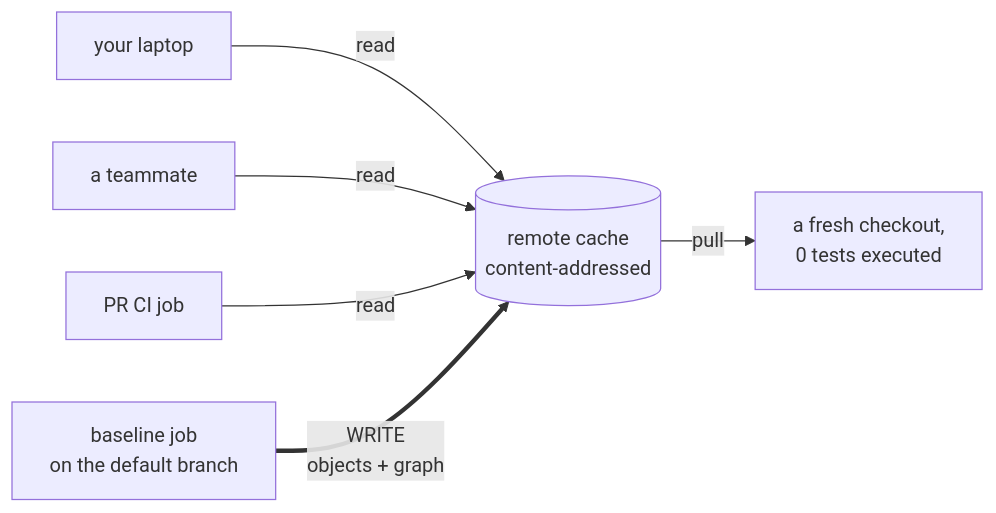
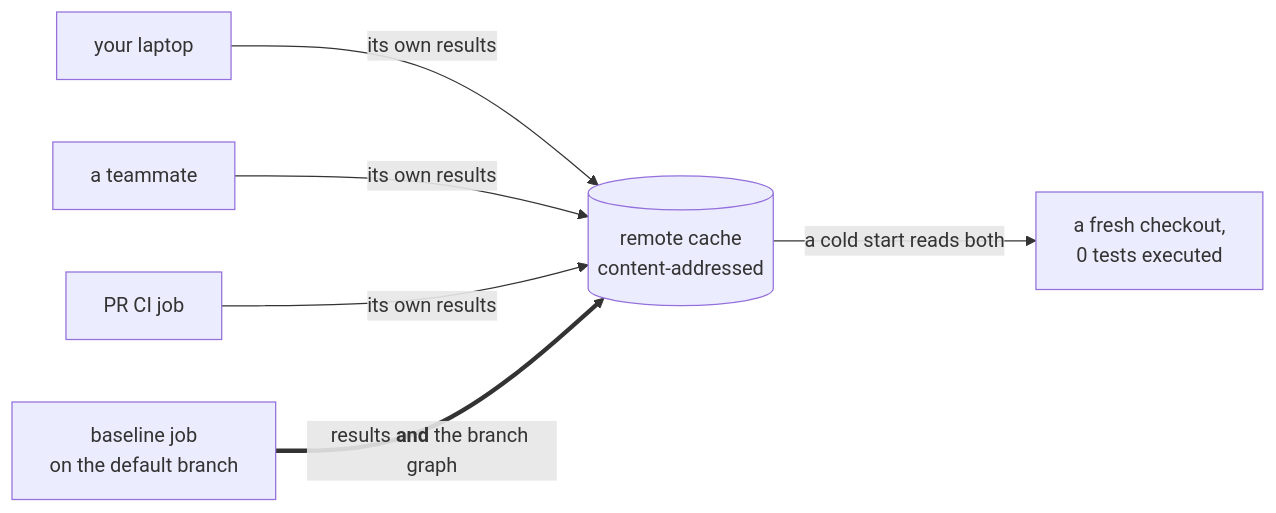
Before and after one commit to manuglopez/phpunit-replay: the fourth of 5 diagrams in README.md, drawn with Mermaid. The commit also changed other lines of this file and 2 other files, not shown here.

First line of the commit message:
docs: document the write policy, and why the writers must be homogeneous

````diff
--- a/README.md
+++ b/README.md
@@ -312,8 +326,8 @@
 ```mermaid
 flowchart LR
-    L1["your laptop"] -->|"read"| R[("remote cache<br/>content-addressed")]
-    L2["a teammate"] -->|"read"| R
-    P["PR CI job"] -->|"read"| R
-    BJ["baseline job<br/>on the default branch"] ==>|"WRITE<br/>objects + graph"| R
-    R -->|"pull"| N["a fresh checkout,<br/>0 tests executed"]
+    L1["your laptop"] -->|"its own results"| R[("remote cache<br/>content-addressed")]
+    L2["a teammate"] -->|"its own results"| R
+    P["PR CI job"] -->|"its own results"| R
+    BJ["baseline job<br/>on the default branch"] ==>|"results <b>and</b> the branch graph"| R
+    R -->|"a cold start reads both"| N["a fresh checkout,<br/>0 tests executed"]
 ```
````
